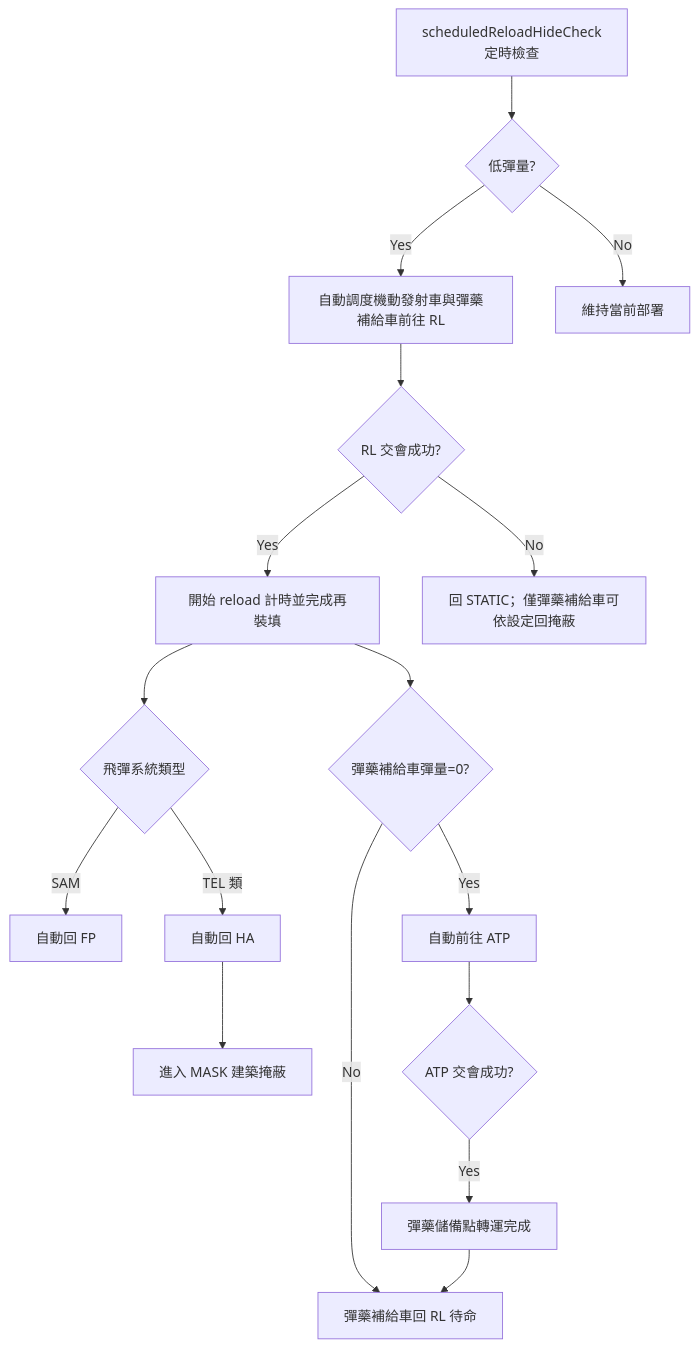
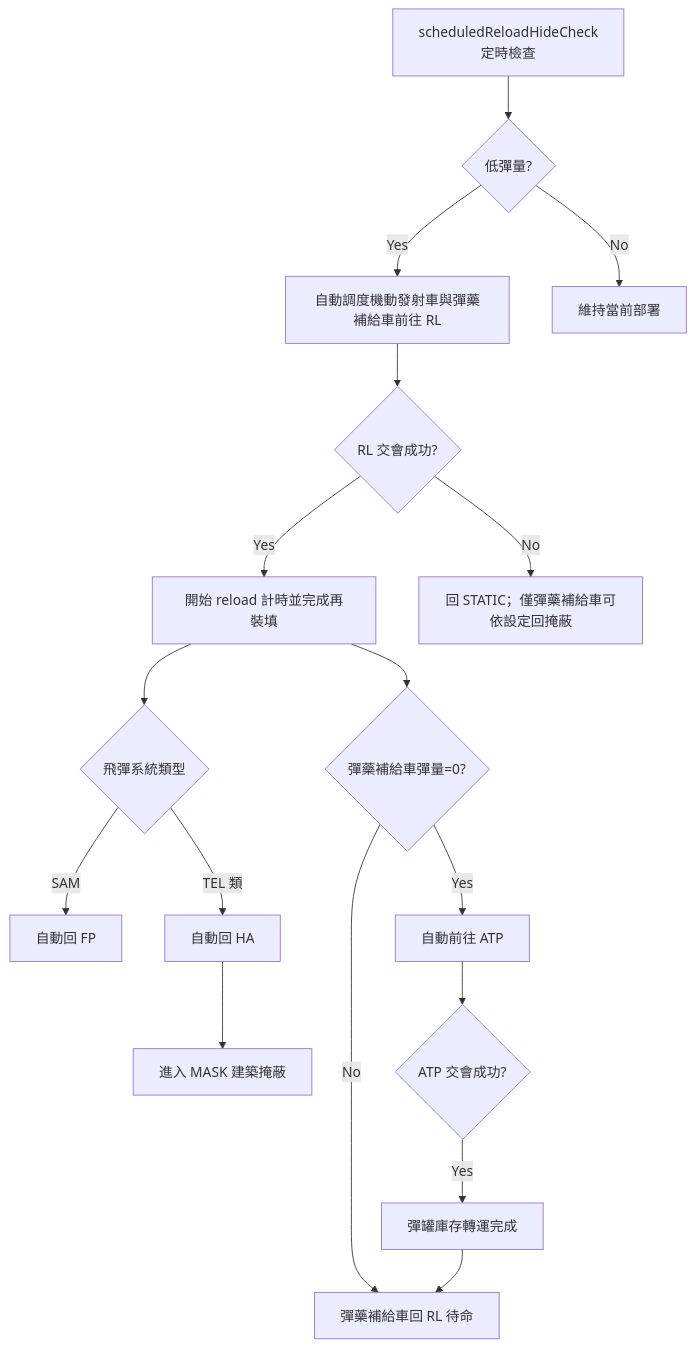
The first of 2 diagrams in docs/missileSystem/README.md (pullupjumper/formosa-in-flames), drawn with Mermaid before and after one commit. The commit also changed other lines of this file and 36 other files, not shown here.

````diff
--- a/docs/missileSystem/README.md
+++ b/docs/missileSystem/README.md
@@ -65,22 +65,22 @@
 ```mermaid
 flowchart TB
     CN_TICK[scheduledReloadHideCheck定時檢查] --> CN_LOW{低彈量?}
     CN_LOW -->|Yes| CN_MOVE[自動調度機動發射車與彈藥補給車前往 RL]
     CN_LOW -->|No| CN_KEEP[維持當前部署]
 
     CN_MOVE --> CN_RL{RL 交會成功?}
     CN_RL -->|Yes| CN_RELOAD[開始 reload 計時並完成再裝填]
     CN_RL -->|No| CN_FAIL[回 STATIC；僅彈藥補給車可依設定回掩蔽]
 
     CN_RELOAD --> CN_BRANCH{飛彈系統類型}
     CN_BRANCH -->|SAM| CN_FP[自動回 FP]
     CN_BRANCH -->|TEL 類| CN_HA[自動回 HA]
     CN_HA --> CN_MASK[進入 MASK 建築掩蔽]
 
     CN_RELOAD --> CN_RU0{彈藥補給車彈量=0?}
     CN_RU0 -->|Yes| CN_ATP[自動前往 ATP]
     CN_RU0 -->|No| CN_RLREADY[彈藥補給車回 RL 待命]
     CN_ATP --> CN_ATPMEET{ATP 交會成功?}
-    CN_ATPMEET -->|Yes| CN_TRANSFER[彈藥儲備點轉運完成]
+    CN_ATPMEET -->|Yes| CN_TRANSFER[彈罐庫存轉運完成]
     CN_TRANSFER --> CN_RLREADY
 ```
````
